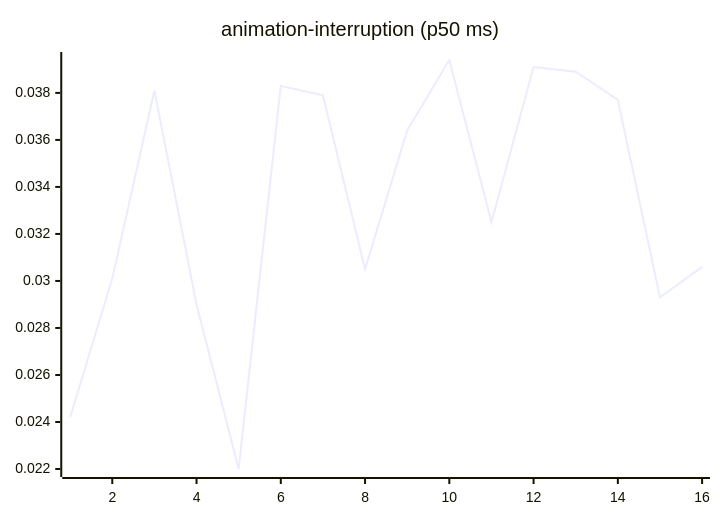
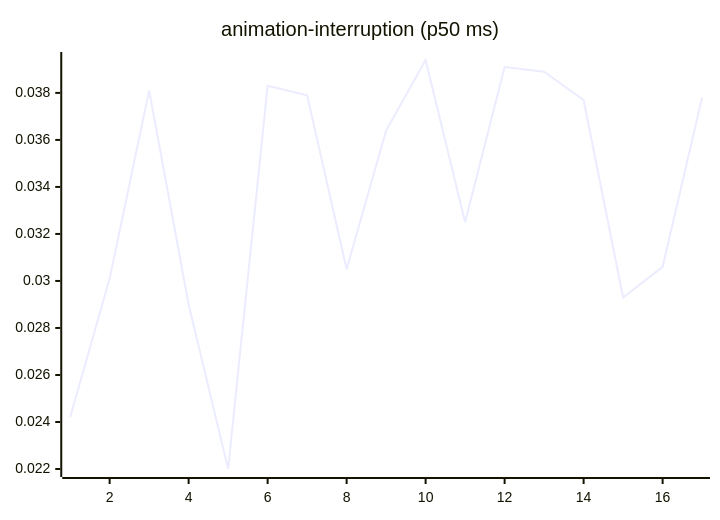
Before and after one commit to josha/Facet: the third of 27 diagrams in README.md, drawn with Mermaid. The commit also changed other lines of this file and 2 other files, not shown here.

````diff
--- a/README.md
+++ b/README.md
@@ -77,6 +77,6 @@
 ```mermaid
 xychart-beta
     title "animation-interruption (p50 ms)"
-    x-axis 1 --> 16
-    line [0.0242, 0.0301, 0.0381, 0.0290, 0.0220, 0.0383, 0.0379, 0.0305, 0.0364, 0.0394, 0.0325, 0.0391, 0.0389, 0.0377, 0.0293, 0.0306]
+    x-axis 1 --> 17
+    line [0.0242, 0.0301, 0.0381, 0.0290, 0.0220, 0.0383, 0.0379, 0.0305, 0.0364, 0.0394, 0.0325, 0.0391, 0.0389, 0.0377, 0.0293, 0.0306, 0.0378]
 ```
````
